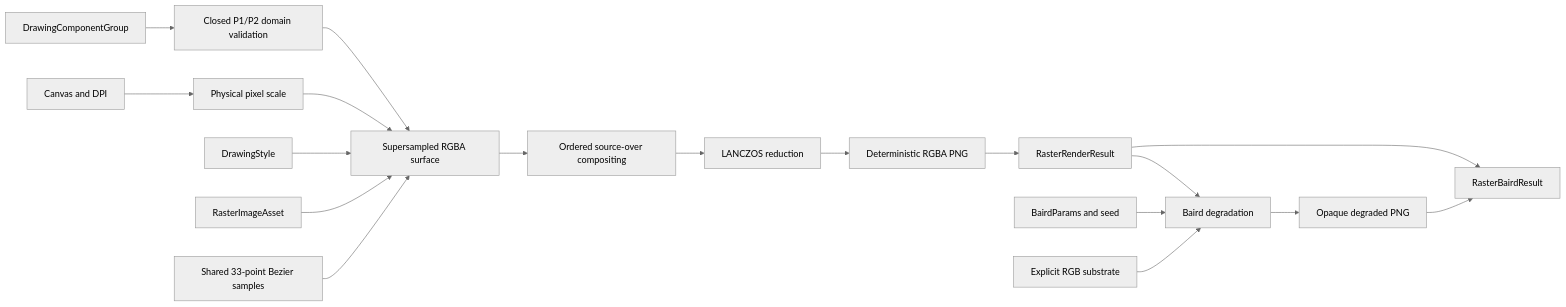
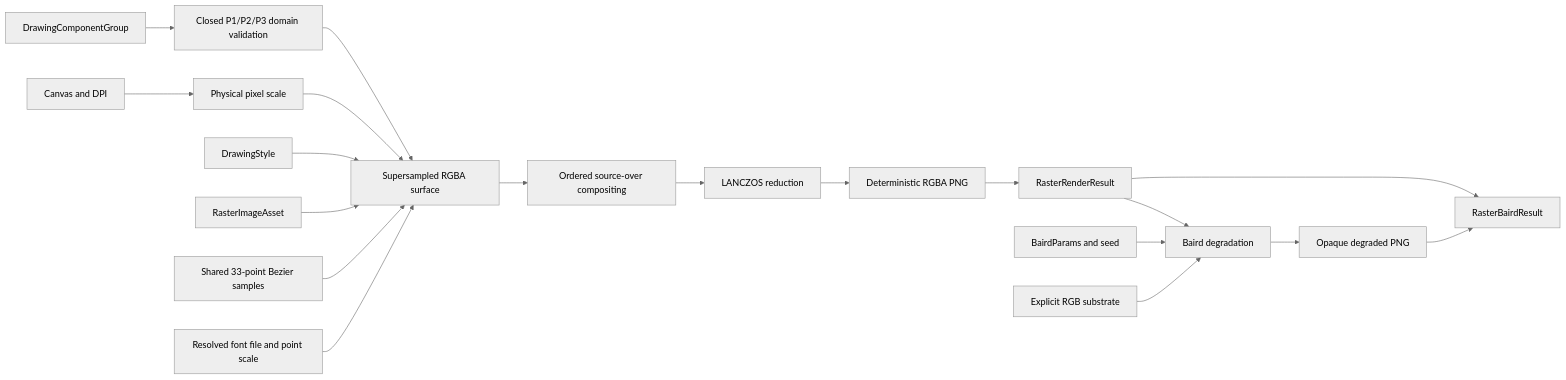
One commit to cmill32405/InkGen changed the diagram in docs/diagrams/raster-renderer.mmd. Above: the diagram before and after it, drawn with Mermaid (neutral theme). The commit also changed 11 other files, not shown here.

```diff
--- a/docs/diagrams/raster-renderer.mmd
+++ b/docs/diagrams/raster-renderer.mmd
@@ -1,18 +1,19 @@
 flowchart LR
-    Group[DrawingComponentGroup] --> Validate[Closed P1/P2 domain validation]
+    Group[DrawingComponentGroup] --> Validate[Closed P1/P2/P3 domain validation]
     Canvas[Canvas and DPI] --> Scale[Physical pixel scale]
     Validate --> Surface[Supersampled RGBA surface]
     Scale --> Surface
     Style[DrawingStyle] --> Surface
     Assets[RasterImageAsset] --> Surface
     Curves[Shared 33-point Bezier samples] --> Surface
+    Font[Resolved font file and point scale] --> Surface
     Surface --> Composite[Ordered source-over compositing]
     Composite --> Reduce[LANCZOS reduction]
     Reduce --> PNG[Deterministic RGBA PNG]
     PNG --> Result[RasterRenderResult]
     Result --> Pair[RasterBairdResult]
     Result --> Baird[Baird degradation]
     Params[BairdParams and seed] --> Baird
     Substrate[Explicit RGB substrate] --> Baird
     Baird --> Scan[Opaque degraded PNG]
     Scan --> Pair
```
